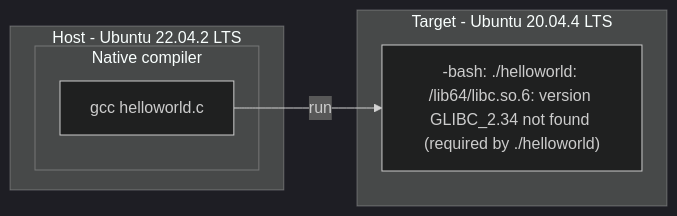
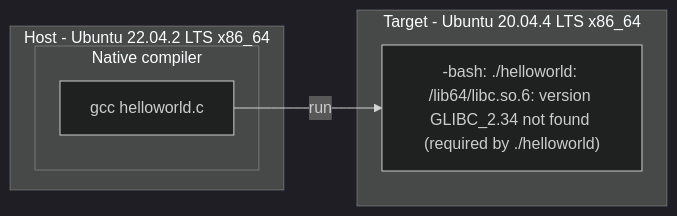
The sixth of 7 diagrams in README.md (lankahsu520/CrossCompilationX), drawn with Mermaid (dark theme) before and after one commit. The commit also changed other lines of this file, not shown here.

````diff
--- a/README.md
+++ b/README.md
@@ -231,15 +255,15 @@
 ```mermaid
 flowchart LR
-	subgraph Host[Host - Ubuntu 22.04.2 LTS]
+	subgraph Host[Host - Ubuntu 22.04.2 LTS  x86_64]
 		subgraph Native[Native compiler]
 			gcc[gcc helloworld.c]
 		end
 	end
 
-	subgraph Target[Target - Ubuntu 20.04.4 LTS]
+	subgraph Target[Target - Ubuntu 20.04.4 LTS x86_64]
 		helloworld_run_ubuntu2004["-bash: ./helloworld: /lib64/libc.so.6: version GLIBC_2.34 not found (required by ./helloworld)"]
 	end
 	
 	gcc --> |run|helloworld_run_ubuntu2004
 	
 ```
````
